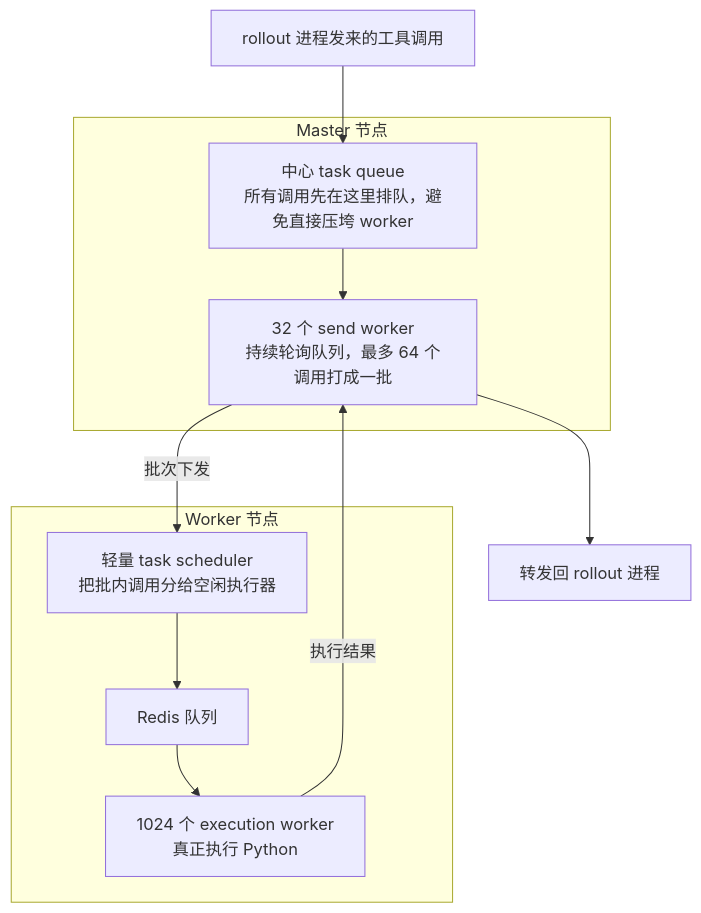
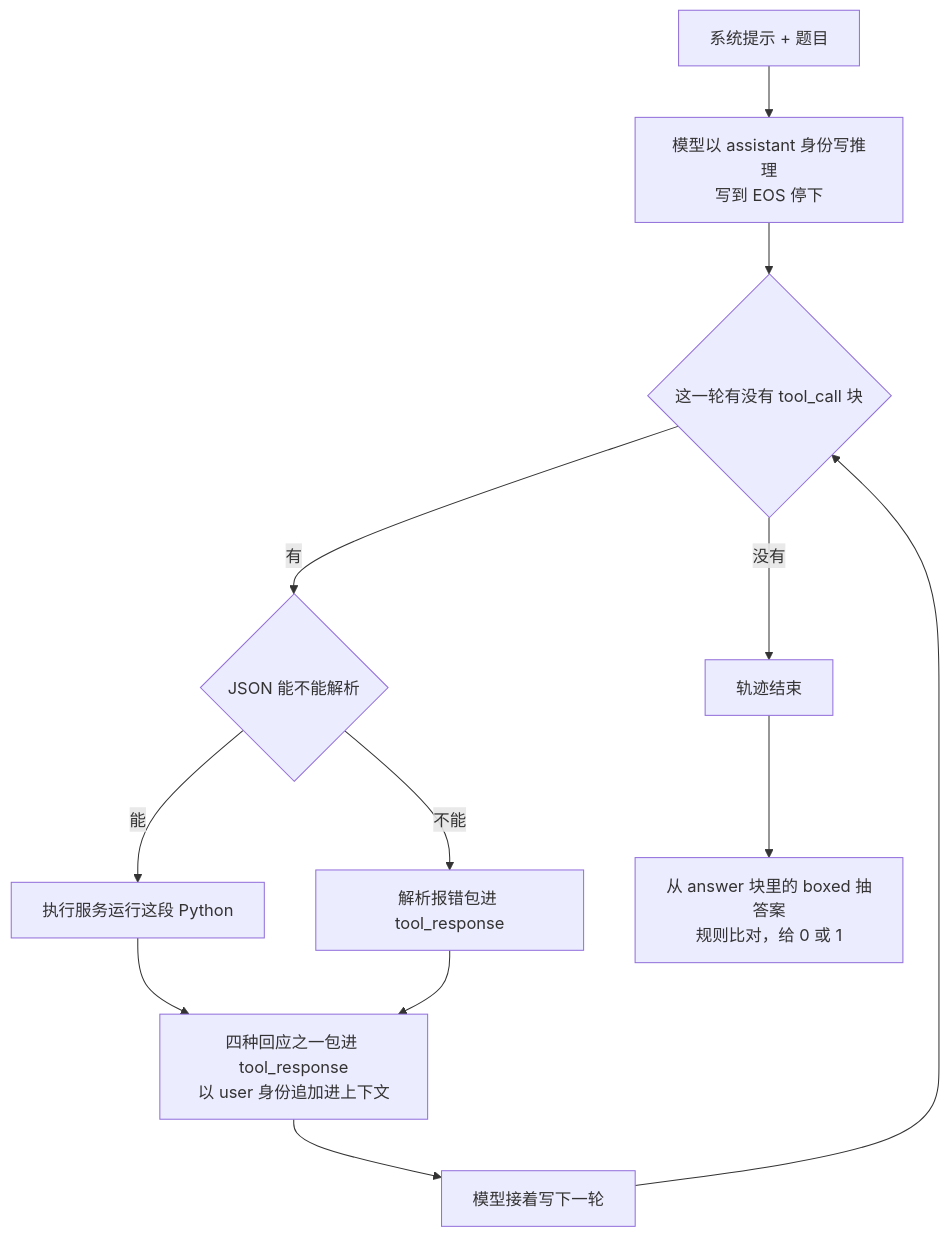
The second of 3 diagrams in reports/Microsoft/rStar2-Agent.md (ChaoyuWang04/Orrery), drawn with Mermaid before and after one commit. The commit also changed other lines of this file and 41 other files, not shown here.

First line of the commit message:
content(reports): 训练方法与强化学习翻新第五批六篇，补关键 figure 与讲解图

````diff
--- a/reports/Microsoft/rStar2-Agent.md
+++ b/reports/Microsoft/rStar2-Agent.md
@@ -340,18 +113,14 @@
 ```mermaid
 flowchart TB
-    subgraph MASTER["Master 节点"]
-      TQ["中心 task queue<br/>所有调用先在这里排队，避免直接压垮 worker"]
-      SW["32 个 send worker<br/>持续轮询队列，最多 64 个调用打成一批"]
-      TQ --> SW
-    end
-    subgraph WORKERS["Worker 节点"]
-      TS["轻量 task scheduler<br/>把批内调用分给空闲执行器"]
-      RQ["Redis 队列"]
-      EW["1024 个 execution worker<br/>真正执行 Python"]
-      TS --> RQ --> EW
-    end
-    IN["rollout 进程发来的工具调用"] --> TQ
-    SW -->|"批次下发"| TS
-    EW -->|"执行结果"| SW
-    SW --> BACK["转发回 rollout 进程"]
+    Q["系统提示 + 题目"] --> C1["模型以 assistant 身份写推理<br/>写到 EOS 停下"]
+    C1 --> T1{"这一轮有没有 tool_call 块"}
+    T1 -->|"没有"| END["轨迹结束"]
+    T1 -->|"有"| P2{"JSON 能不能解析"}
+    P2 -->|"不能"| ERR["解析报错包进 tool_response"]
+    P2 -->|"能"| E["执行服务运行这段 Python"]
+    E --> R["四种回应之一包进 tool_response<br/>以 user 身份追加进上下文"]
+    ERR --> R
+    R --> C2["模型接着写下一轮"]
+    C2 --> T1
+    END --> V["从 answer 块里的 boxed 抽答案<br/>规则比对，给 0 或 1"]
 ```
````
